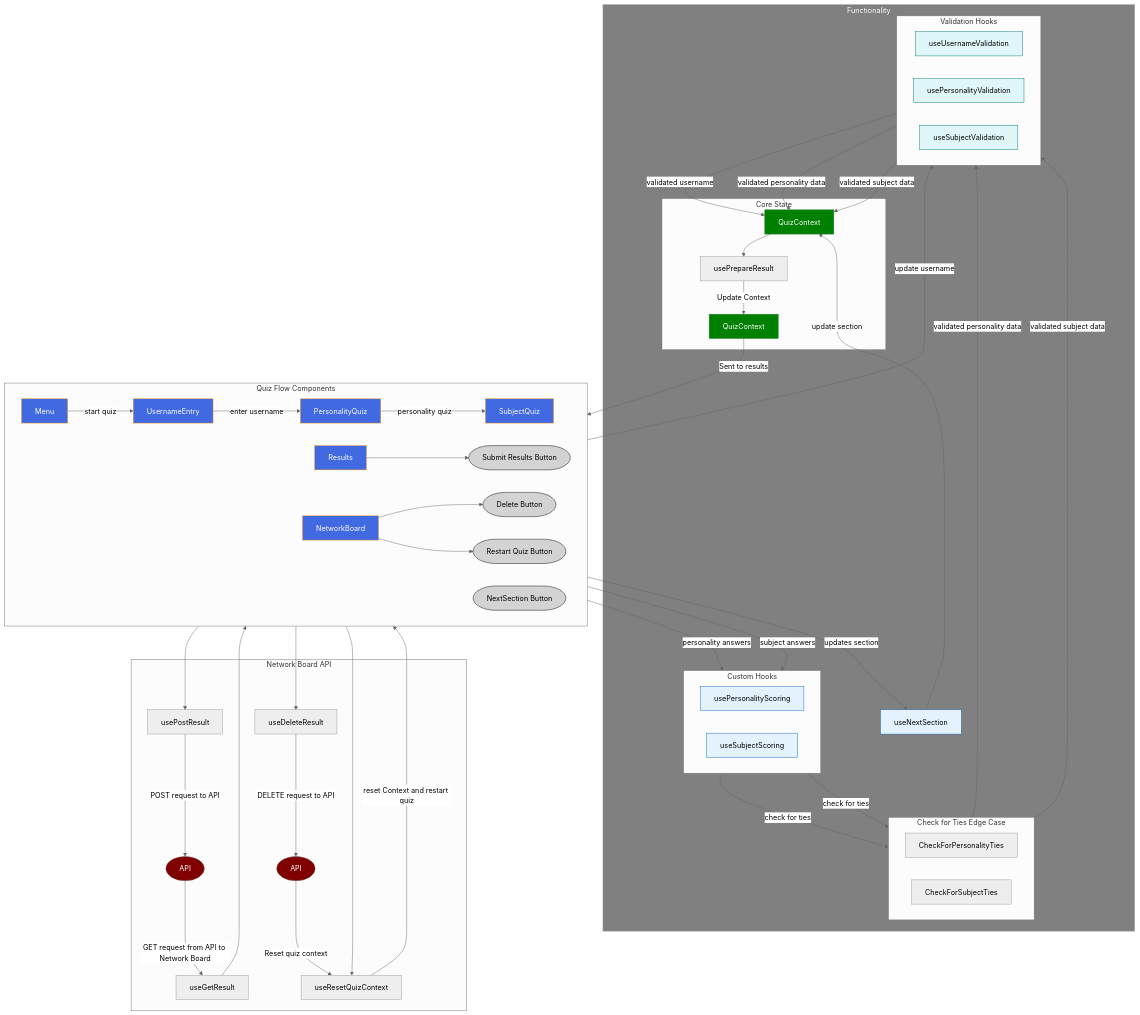
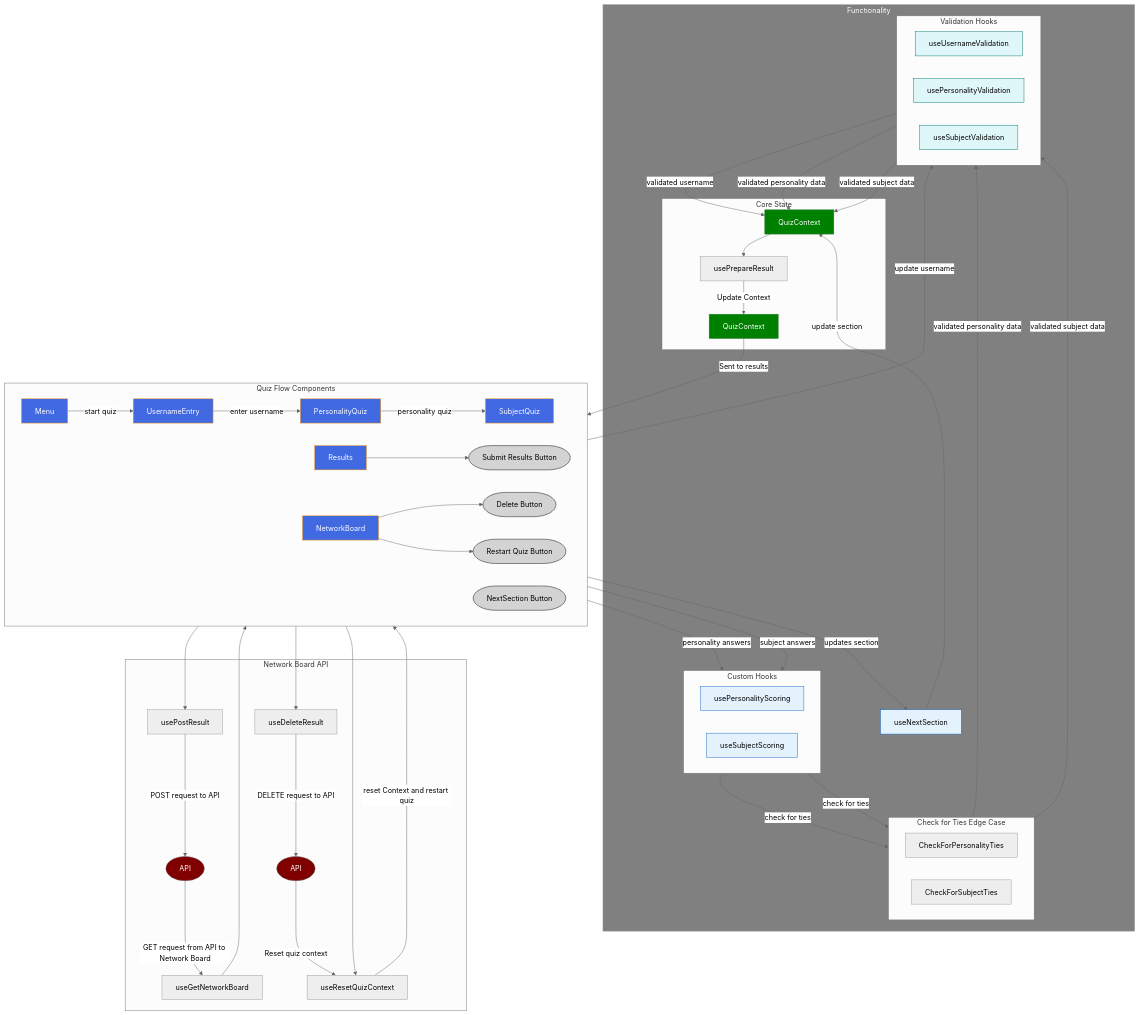
Before and after one commit to lmcrean/steam-report-mern: the diagram in docs/diagrams/data_flow_architecture.md, drawn with Mermaid (neutral theme). The commit also changed 11 other files, not shown here.

```diff
--- a/docs/diagrams/data_flow_architecture.md
+++ b/docs/diagrams/data_flow_architecture.md
@@ -47,7 +47,7 @@
 
        subgraph NetworkBoardAPI ["Network Board API"]
            UPRA[usePostResult]
-           UGRA[useGetResult]
+           UGRA[useGetNetworkBoard]
            UDR[useDeleteResult]
            URQC[useResetQuizContext]
            API[API]
```
